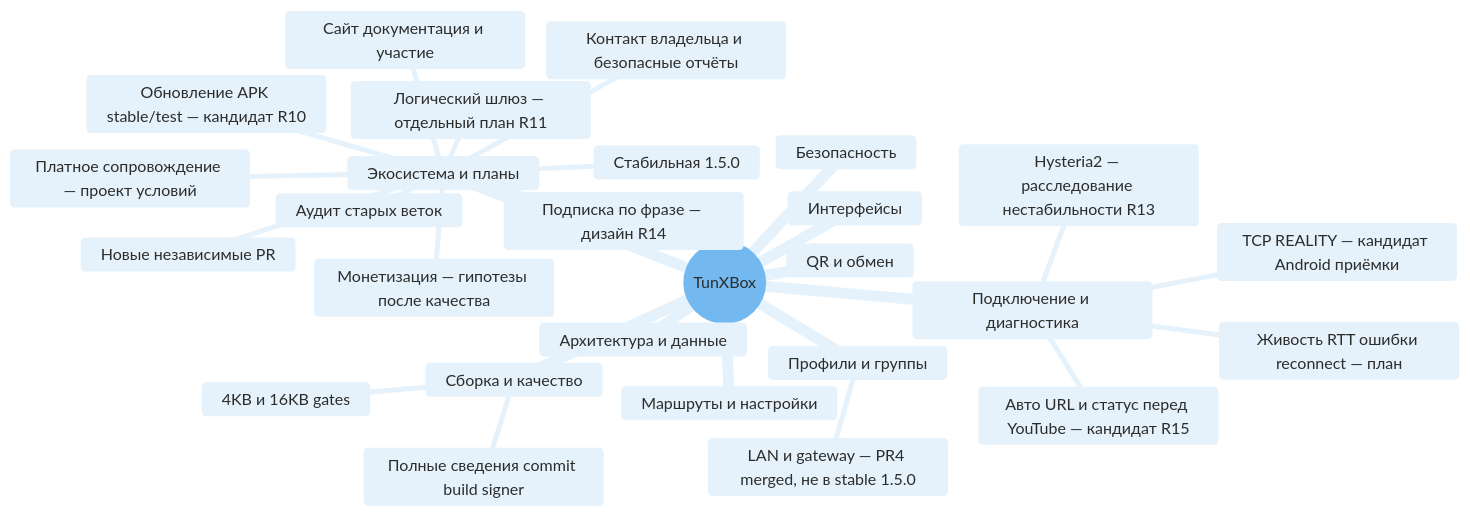
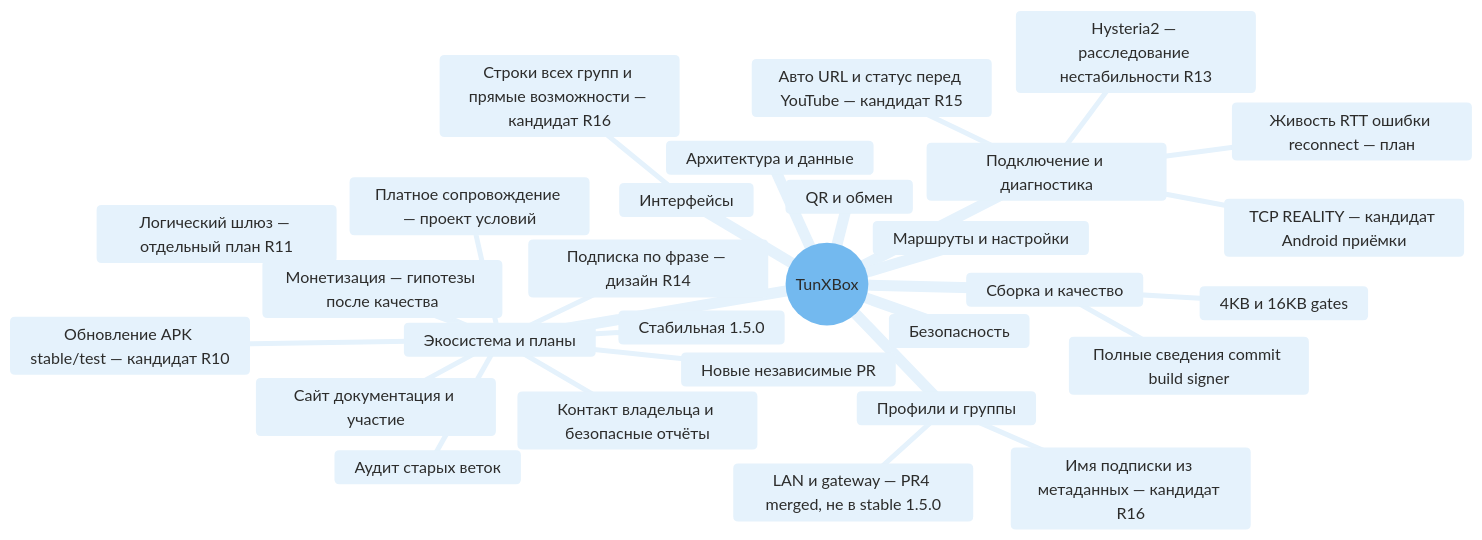
Before and after one commit to LeonidYasin/TunXBox: the diagram in docs/project-map.md, drawn with Mermaid. The commit also changed other lines of this file and 28 other files, not shown here.

````diff
--- a/docs/project-map.md
+++ b/docs/project-map.md
@@ -9,31 +9,33 @@
 ```mermaid
 %%{init: {"theme": "base", "themeVariables": {"primaryColor": "#E5F2FC", "primaryTextColor": "#2C2C2B", "primaryBorderColor": "#2783DE", "lineColor": "#7D7A75", "secondaryColor": "#E8F1EC", "tertiaryColor": "#F9F8F7", "fontFamily": "Arial", "cScale0": "#E5F2FC", "cScaleLabel0": "#2C2C2B", "cScale1": "#E5F2FC", "cScaleLabel1": "#2C2C2B", "cScale2": "#E5F2FC", "cScaleLabel2": "#2C2C2B", "cScale3": "#E5F2FC", "cScaleLabel3": "#2C2C2B", "cScale4": "#E5F2FC", "cScaleLabel4": "#2C2C2B", "cScale5": "#E5F2FC", "cScaleLabel5": "#2C2C2B", "cScale6": "#E5F2FC", "cScaleLabel6": "#2C2C2B", "cScale7": "#E5F2FC", "cScaleLabel7": "#2C2C2B", "cScale8": "#E5F2FC", "cScaleLabel8": "#2C2C2B", "cScale9": "#E5F2FC", "cScaleLabel9": "#2C2C2B", "cScale10": "#E5F2FC", "cScaleLabel10": "#2C2C2B", "cScale11": "#E5F2FC", "cScaleLabel11": "#2C2C2B"}}}%%
 mindmap
   root((TunXBox))
     Интерфейсы
+      Строки всех групп и прямые возможности — кандидат R16
     Профили и группы
+      Имя подписки из метаданных — кандидат R16
       LAN и gateway — PR4 merged, не в stable 1.5.0
     Подключение и диагностика
       TCP REALITY — кандидат Android приёмки
       Hysteria2 — расследование нестабильности R13
       Авто URL и статус перед YouTube — кандидат R15
       Живость RTT ошибки reconnect — план
     Маршруты и настройки
     QR и обмен
     Архитектура и данные
     Сборка и качество
       Полные сведения commit build signer
       4KB и 16KB gates
     Безопасность
     Экосистема и планы
       Стабильная 1.5.0
       Аудит старых веток
       Новые независимые PR
       Обновление APK stable/test — кандидат R10
       Сайт документация и участие
       Контакт владельца и безопасные отчёты
       Платное сопровождение — проект условий
       Монетизация — гипотезы после качества
       Логический шлюз — отдельный план R11
       Подписка по фразе — дизайн R14
 ```
````
